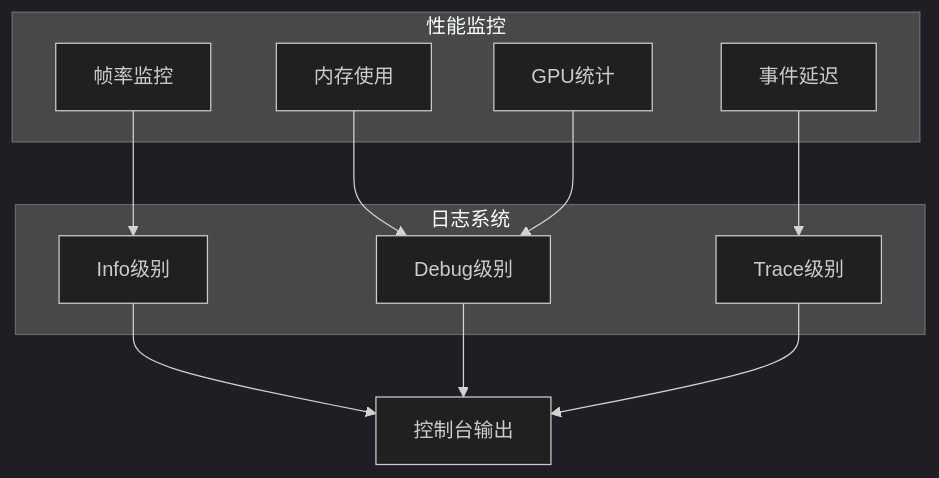
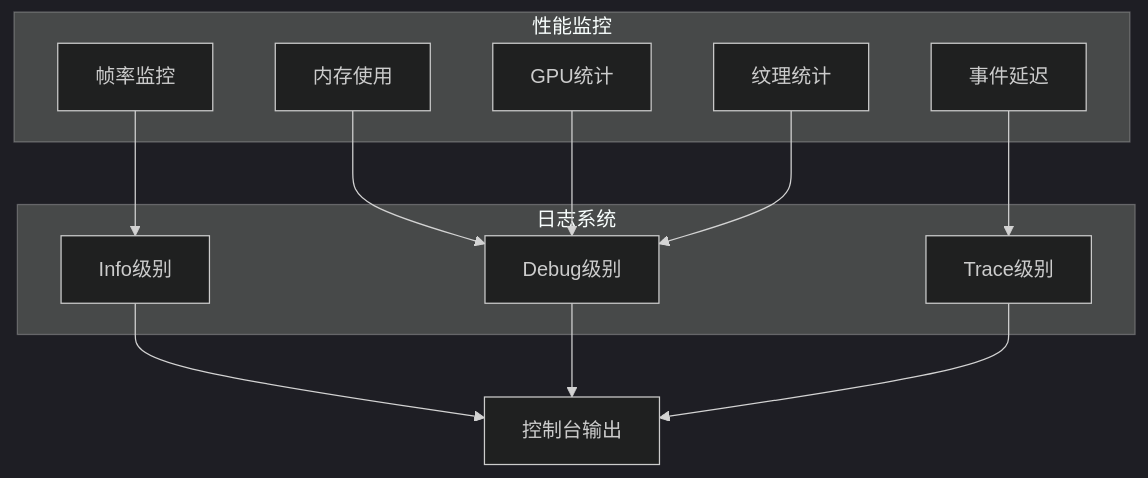
One commit to itszzl-sudo/iris changed diagram 17 of 17 in .qoder/repowiki/zh/content/技术架构详解/整体架构设计/Rust工作区架构.md. Above: the diagram before and after it, drawn with Mermaid (dark theme). The commit also changed other lines of this file and 5 other files, not shown here.

````diff
--- a/.qoder/repowiki/zh/content/技术架构详解/整体架构设计/Rust工作区架构.md
+++ b/.qoder/repowiki/zh/content/技术架构详解/整体架构设计/Rust工作区架构.md
@@ -727,21 +793,23 @@
 ```mermaid
 graph TB
 subgraph "性能监控"
 FPS[帧率监控]
 Memory[内存使用]
 GPUStats[GPU统计]
 EventLatency[事件延迟]
+TextureStats[纹理统计]
 end
 subgraph "日志系统"
 Info[Info级别]
 Debug[Debug级别]
 Trace[Trace级别]
 end
 FPS --> Info
 Memory --> Debug
 GPUStats --> Debug
 EventLatency --> Trace
+TextureStats --> Debug
 Info --> Console[控制台输出]
 Debug --> Console
 Trace --> Console
 ```
````
